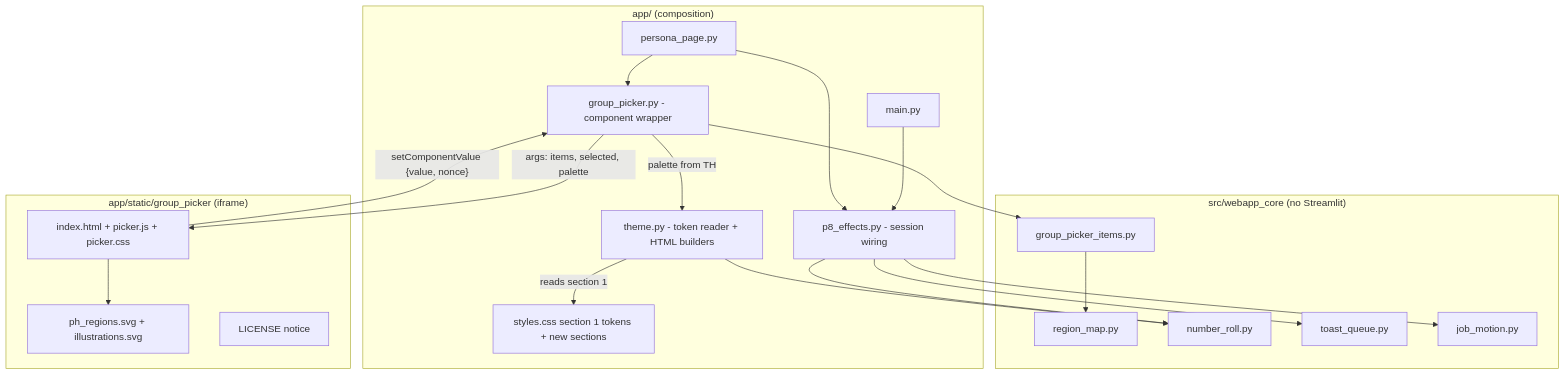
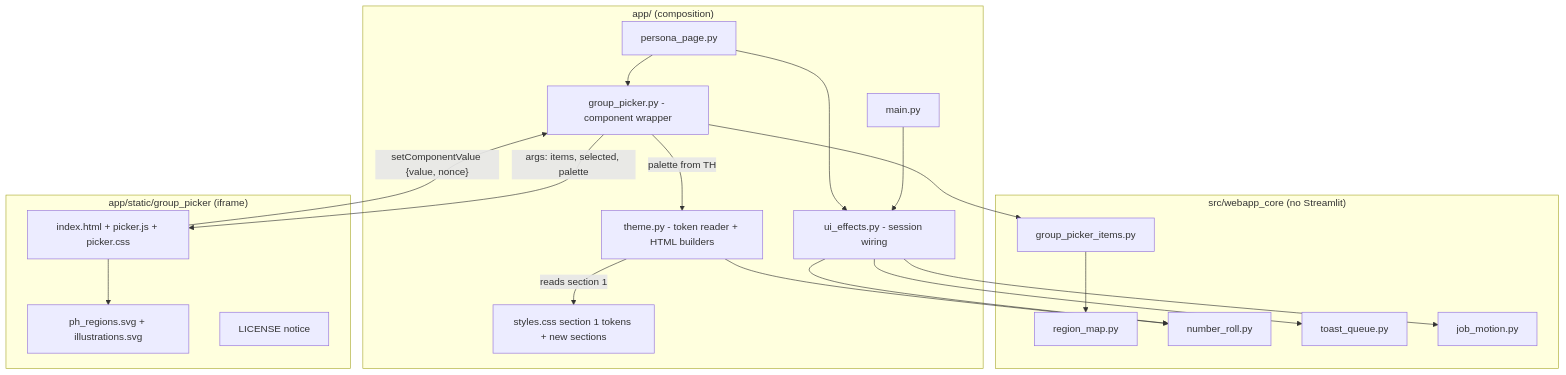
One commit to JulianAlfonsoIsidro/DataWave changed the diagram in .kiro/specs/part8-new-ui-features/design.md. Above: the diagram before and after it, drawn with Mermaid. The commit also changed other lines of this file and 23 other files, not shown here.

````diff
--- a/.kiro/specs/part8-new-ui-features/design.md
+++ b/.kiro/specs/part8-new-ui-features/design.md
@@ -50,37 +50,37 @@
 ```mermaid
 flowchart TD
   subgraph Pure["src/webapp_core (no Streamlit)"]
     RM[region_map.py]
     NR[number_roll.py]
     TQ[toast_queue.py]
     GP[group_picker_items.py]
     JM[job_motion.py]
   end
   subgraph App["app/ (composition)"]
-    FX[p8_effects.py - session wiring]
+    FX[ui_effects.py - session wiring]
     TH[theme.py - token reader + HTML builders]
     PP[persona_page.py]
     MN[main.py]
     GPY[group_picker.py - component wrapper]
     CSS[styles.css section 1 tokens + new sections]
   end
   subgraph Static["app/static/group_picker (iframe)"]
     HTML[index.html + picker.js + picker.css]
     SVG[ph_regions.svg + illustrations.svg]
     LIC[LICENSE notice]
   end
   MN --> FX
   PP --> FX
   PP --> GPY
   FX --> TQ
   FX --> NR
   FX --> JM
   TH --> NR
   GPY --> GP
   GP --> RM
   GPY -- "args: items, selected, palette" --> HTML
   HTML -- "setComponentValue {value, nonce}" --> GPY
   TH -- "reads section 1" --> CSS
   GPY -- "palette from TH" --> TH
   HTML --> SVG
 ```
````
